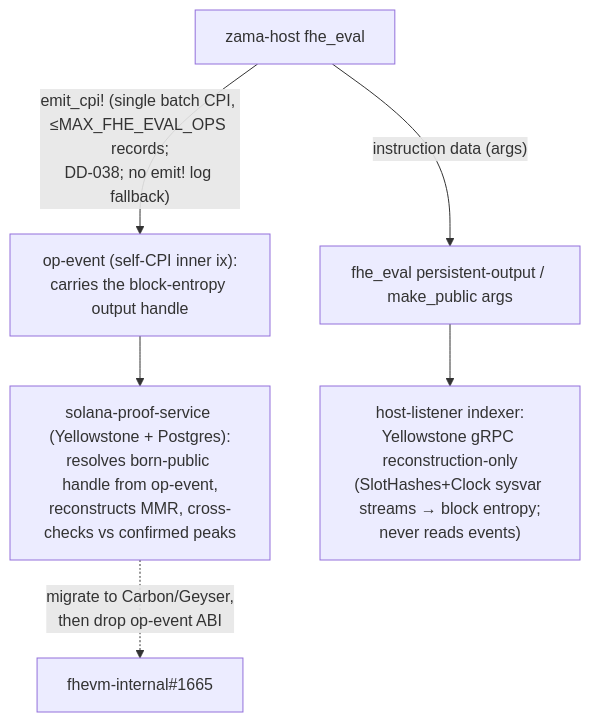
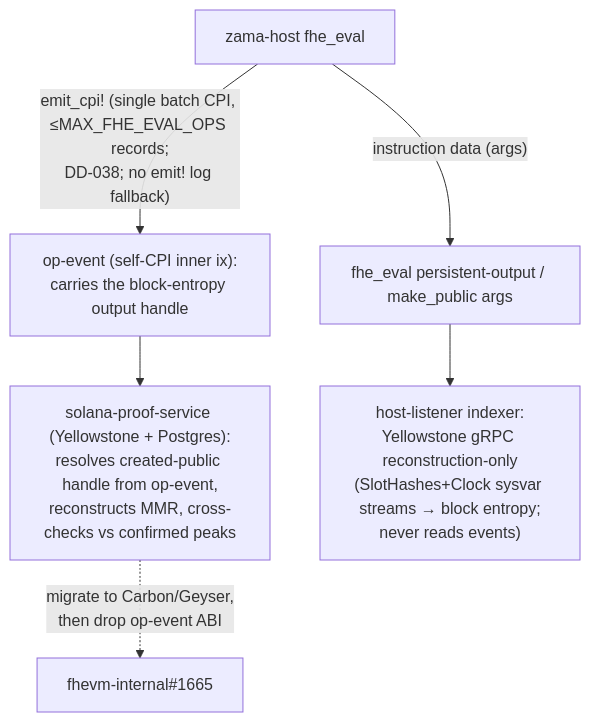
Before and after one commit to zama-ai/fhevm: the sixth of 6 diagrams in solana/docs/MMR_ACL_MVP.md, drawn with Mermaid. The commit also changed other lines of this file and 41 other files, not shown here.

First line of the commit message:
refactor(solana): rename born-public/birth to created-public/creation, and the SDK's output Birth to Binding (fhevm-internal#1859 §2)

````diff
--- a/solana/docs/MMR_ACL_MVP.md
+++ b/solana/docs/MMR_ACL_MVP.md
@@ -173,8 +173,8 @@
 ```mermaid
 flowchart TD
     prog["zama-host fhe_eval"] -->|"emit_cpi! (single batch CPI, ≤MAX_FHE_EVAL_OPS records;<br/>DD-038; no emit! log fallback)"| ev["op-event (self-CPI inner ix):<br/>carries the block-entropy output handle"]
     prog -->|"instruction data (args)"| ix["fhe_eval persistent-output / make_public args"]
-    ev --> proofsvc["solana-proof-service (Yellowstone + Postgres):<br/>resolves born-public handle from op-event,<br/>reconstructs MMR, cross-checks vs confirmed peaks"]
+    ev --> proofsvc["solana-proof-service (Yellowstone + Postgres):<br/>resolves created-public handle from op-event,<br/>reconstructs MMR, cross-checks vs confirmed peaks"]
     ix --> listener["host-listener indexer:<br/>Yellowstone gRPC reconstruction-only<br/>(SlotHashes+Clock sysvar streams → block entropy;<br/>never reads events)"]
     proofsvc -.->|"migrate to Carbon/Geyser,<br/>then drop op-event ABI"| followup["fhevm-internal#1665"]
 ```
````
